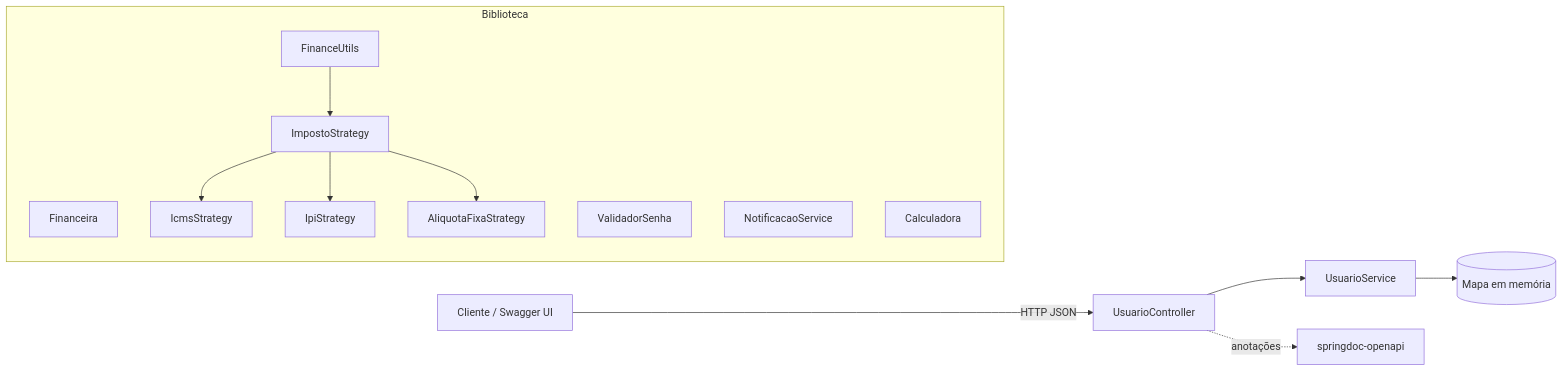
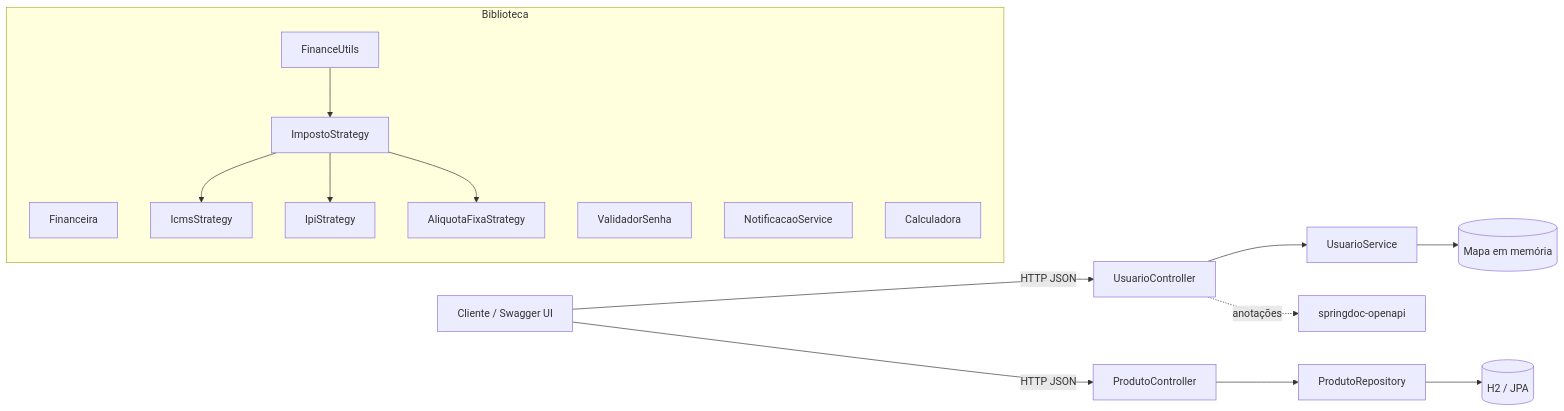
The first of 3 diagrams in ARCHITECTURE.md (gchamps/iqs-projeto), drawn with Mermaid before and after one commit. The commit also changed other lines of this file and 9 other files, not shown here.

Commit message:
feat(produto): CRUD de Produto com JPA, H2 e Lombok (MVP Aula 13)

````diff
--- a/ARCHITECTURE.md
+++ b/ARCHITECTURE.md
@@ -5,18 +5,21 @@
 ```mermaid
 graph LR
     Cliente[Cliente / Swagger UI] -->|HTTP JSON| Controller[UsuarioController]
     Controller --> Service[UsuarioService]
     Service --> Store[(Mapa em memória)]
+    Cliente -->|HTTP JSON| ProdCtl[ProdutoController]
+    ProdCtl --> Repo[ProdutoRepository]
+    Repo --> H2[(H2 / JPA)]
     Controller -.->|anotações| OpenAPI[springdoc-openapi]
 
     subgraph Biblioteca
         Financeira
         FinanceUtils --> Strategy[ImpostoStrategy]
         Strategy --> Icms[IcmsStrategy]
         Strategy --> Ipi[IpiStrategy]
         Strategy --> Fixa[AliquotaFixaStrategy]
         ValidadorSenha
         NotificacaoService
         Calculadora
     end
 ```
````
